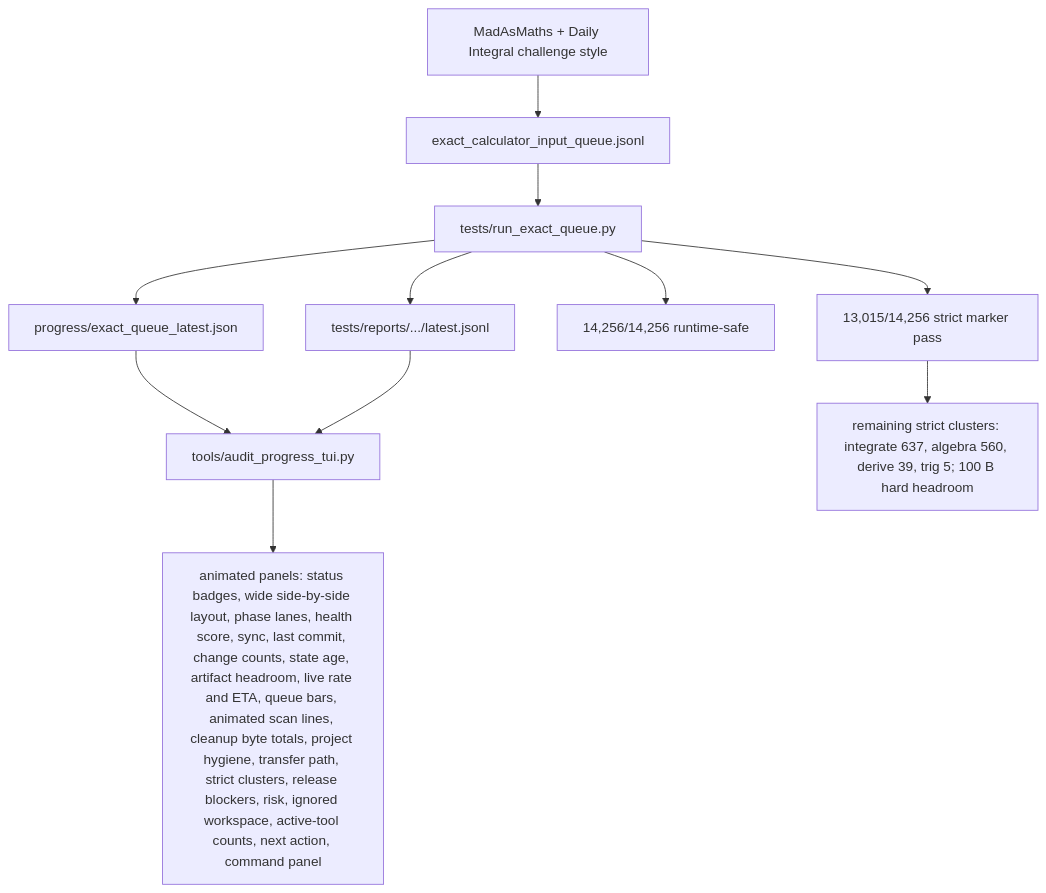
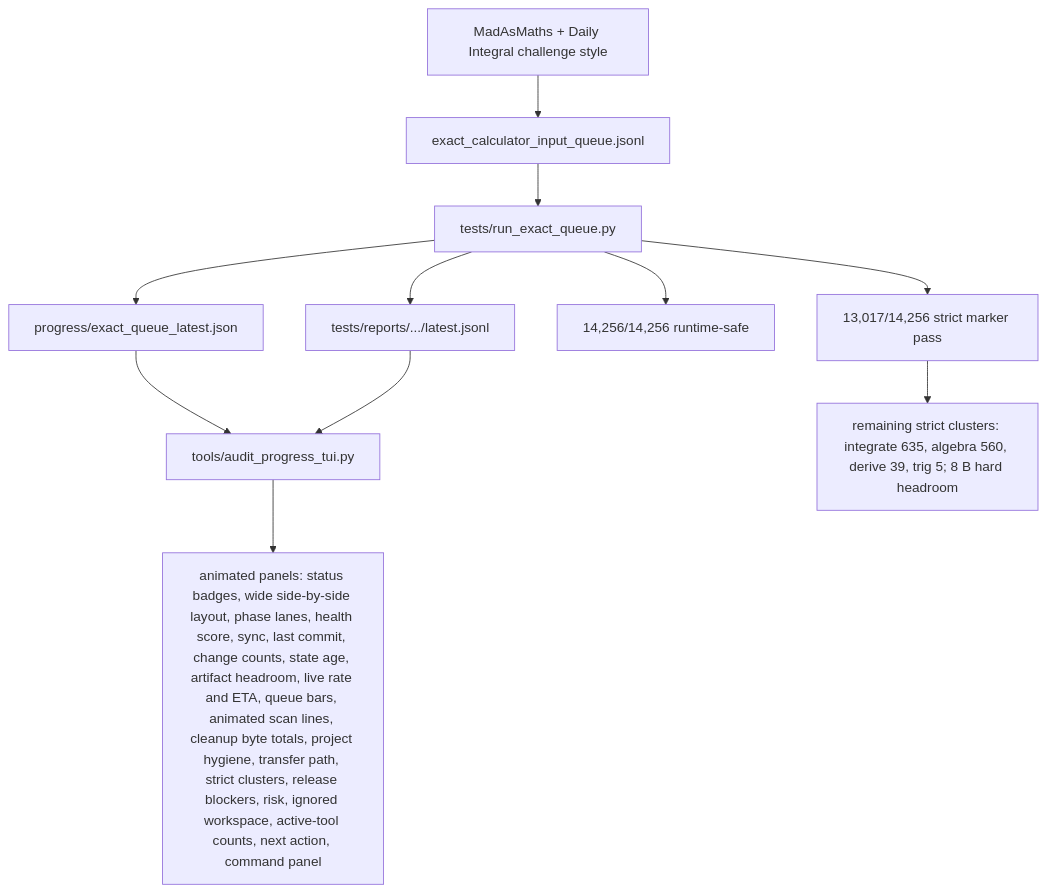
The fifth of 6 diagrams in docs/GRAPH.md (james8464/notes-addin-casio-fx-cg50), drawn with Mermaid before and after one commit. The commit also changed other lines of this file and 4 other files, not shown here.

````diff
--- a/docs/GRAPH.md
+++ b/docs/GRAPH.md
@@ -60,13 +60,13 @@
 ```mermaid
 graph TD
   Online["MadAsMaths + Daily Integral challenge style"] --> Queue["exact_calculator_input_queue.jsonl"]
   Queue --> Runner["tests/run_exact_queue.py"]
   Runner --> Live["progress/exact_queue_latest.json"]
   Runner --> Report["tests/reports/.../latest.jsonl"]
   Live --> TUI["tools/audit_progress_tui.py"]
   Report --> TUI
   TUI --> Panels["animated panels: status badges, wide side-by-side layout, phase lanes, health score, sync, last commit, change counts, state age, artifact headroom, live rate and ETA, queue bars, animated scan lines, cleanup byte totals, project hygiene, transfer path, strict clusters, release blockers, risk, ignored workspace, active-tool counts, next action, command panel"]
   Runner --> Runtime["14,256/14,256 runtime-safe"]
-  Runner --> Strict["13,015/14,256 strict marker pass"]
-  Strict --> Remaining["remaining strict clusters: integrate 637, algebra 560, derive 39, trig 5; 100 B hard headroom"]
+  Runner --> Strict["13,017/14,256 strict marker pass"]
+  Strict --> Remaining["remaining strict clusters: integrate 635, algebra 560, derive 39, trig 5; 8 B hard headroom"]
 ```
````
